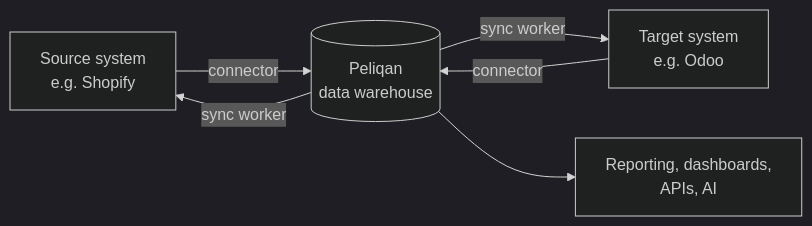
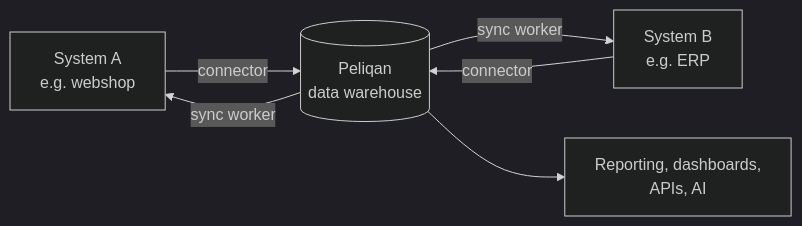
The first of 2 diagrams in README.md (Peliqan-io/skills), drawn with Mermaid (dark theme) before and after one commit. The commit also changed other lines of this file and 6 other files, not shown here.

````diff
--- a/README.md
+++ b/README.md
@@ -65,8 +65,8 @@
 ```mermaid
 flowchart LR
-    A[Source system<br/>e.g. Shopify] -- "connector" --> DWH[(Peliqan<br/>data warehouse)]
-    B[Target system<br/>e.g. Odoo] -- "connector" --> DWH
+    A[System A<br/>e.g. webshop] -- "connector" --> DWH[(Peliqan<br/>data warehouse)]
+    B[System B<br/>e.g. ERP] -- "connector" --> DWH
     DWH -- "sync worker" --> B
     DWH -- "sync worker" --> A
     DWH --> R[Reporting, dashboards,<br/>APIs, AI]
 ```
````
